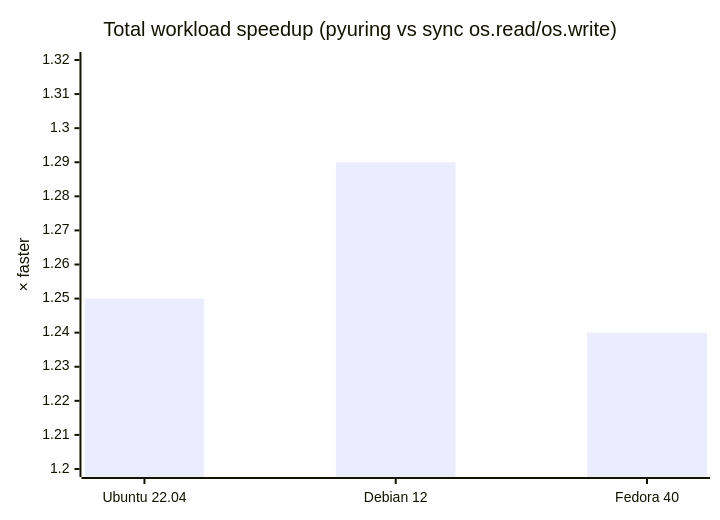
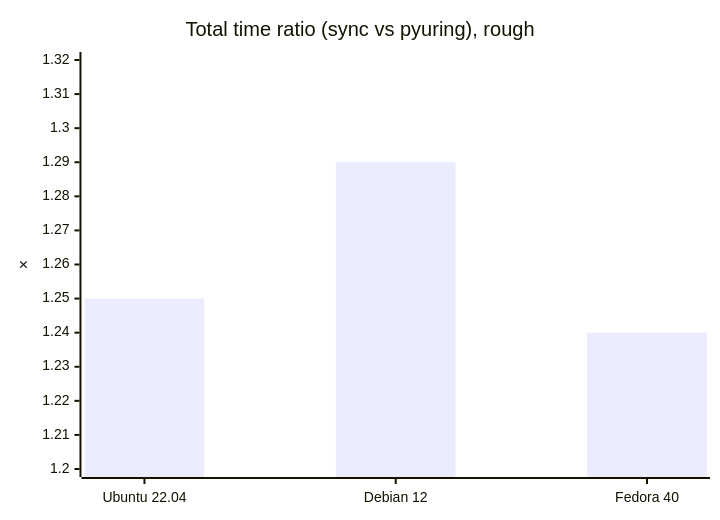
The diagram in README.md (kangtegong/pyuring), drawn with Mermaid before and after one commit. The commit also changed other lines of this file, not shown here.

````diff
--- a/README.md
+++ b/README.md
@@ -117,7 +72,7 @@
 ```mermaid
 xychart-beta
-    title "Total workload speedup (pyuring vs sync os.read/os.write)"
+    title "Total time ratio (sync vs pyuring), rough"
     x-axis ["Ubuntu 22.04", "Debian 12", "Fedora 40"]
-    y-axis "× faster" 1.2 --> 1.32
+    y-axis "×" 1.2 --> 1.32
     bar [1.25, 1.29, 1.24]
 ```
````
